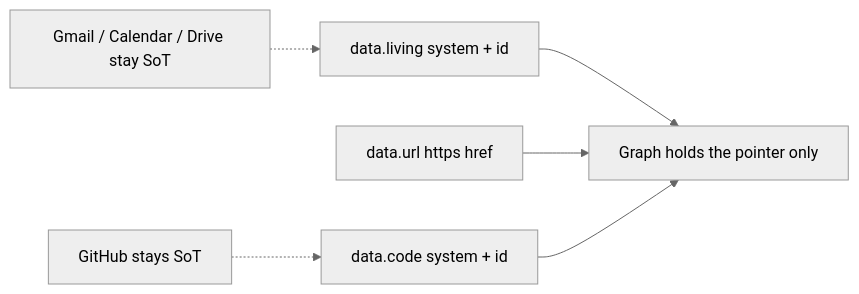
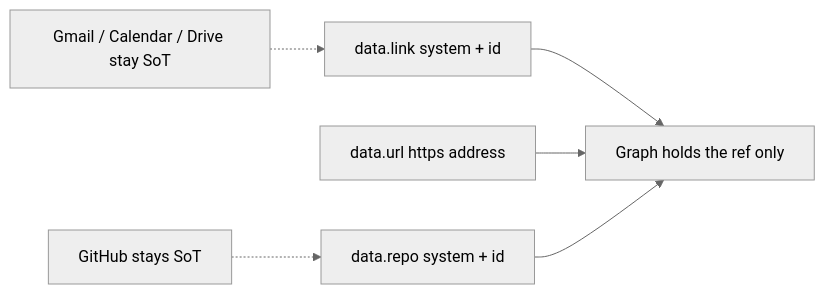
One commit to dgraziosi/foundation changed the eighth of 11 diagrams in docs/ARCHITECTURE.md. Above: the diagram before and after it, drawn with Mermaid (neutral theme). The commit also changed other lines of this file and 6 other files, not shown here.

First line of the commit message:
Present-tense url / repo / link copy

````diff
--- a/docs/ARCHITECTURE.md
+++ b/docs/ARCHITECTURE.md
@@ -222,14 +222,14 @@
 ```mermaid
 flowchart LR
   sot["Gmail / Calendar / Drive stay SoT"]
-  living_ref["data.living system + id"]
-  url_ref["data.url https href"]
-  code_sot["GitHub stays SoT"]
-  code_ref["data.code system + id"]
-  holds_ref["Graph holds the pointer only"]
-  sot -.-> living_ref
-  living_ref --> holds_ref
+  link_ref["data.link system + id"]
+  url_ref["data.url https address"]
+  repo_sot["GitHub stays SoT"]
+  repo_ref["data.repo system + id"]
+  holds_ref["Graph holds the ref only"]
+  sot -.-> link_ref
+  link_ref --> holds_ref
   url_ref --> holds_ref
-  code_sot -.-> code_ref
-  code_ref --> holds_ref
+  repo_sot -.-> repo_ref
+  repo_ref --> holds_ref
 ```
````
